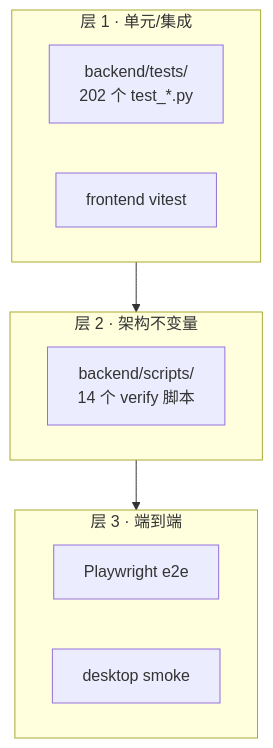
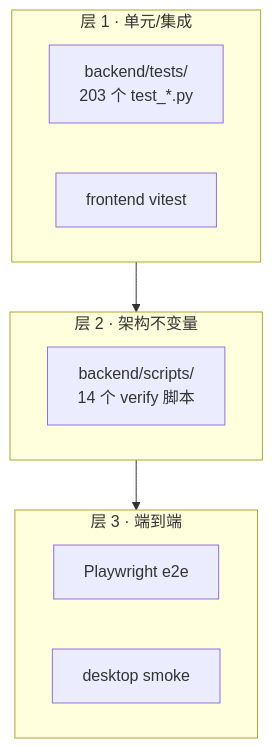
The diagram in docs/05-engineering/testing.md (santu-ai/personal-ai-runtime), drawn with Mermaid before and after one commit. The commit also changed other lines of this file and 7 other files, not shown here.

````diff
--- a/docs/05-engineering/testing.md
+++ b/docs/05-engineering/testing.md
@@ -7,18 +7,18 @@
 ```mermaid
 flowchart TB
     subgraph L1[层 1 · 单元/集成]
-        Pytest[backend/tests/<br/>202 个 test_*.py]
+        Pytest[backend/tests/<br/>203 个 test_*.py]
         FE[frontend vitest]
     end
 
     subgraph L2[层 2 · 架构不变量]
         Scripts[backend/scripts/<br/>14 个 verify 脚本]
     end
 
     subgraph L3[层 3 · 端到端]
         E2E[Playwright e2e]
         Desktop[desktop smoke]
     end
 
     L1 --> L2 --> L3
 ```
````
